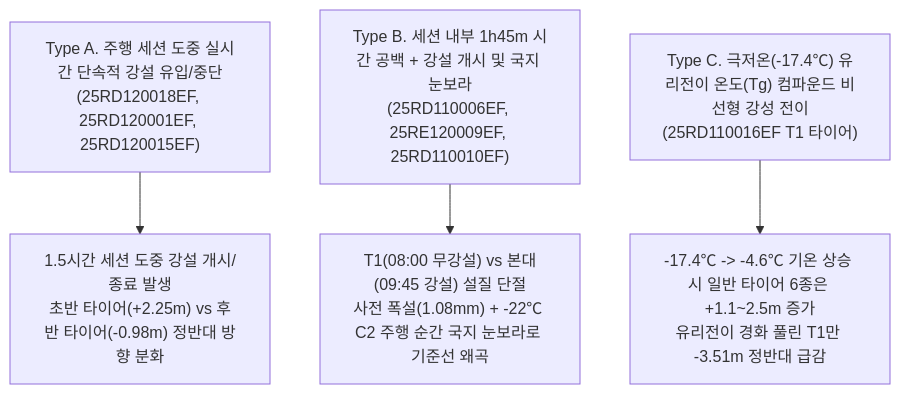
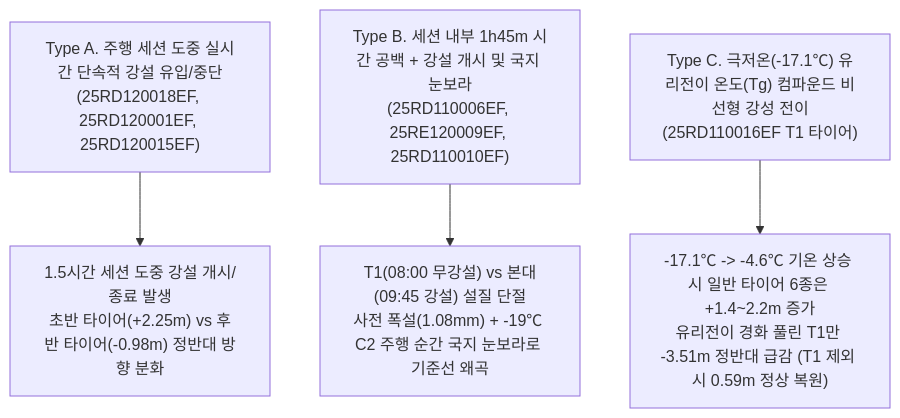
The sixth of 6 diagrams in 04_Resources/30_스노우_노면_공학/31_스노우_노면_디지털트윈_및_제동성능_보정_위키.md (uunnooo/00_obsidian), drawn with Mermaid before and after one commit. The commit also changed other lines of this file and 10 other files, not shown here.

````diff
--- a/04_Resources/30_스노우_노면_공학/31_스노우_노면_디지털트윈_및_제동성능_보정_위키.md
+++ b/04_Resources/30_스노우_노면_공학/31_스노우_노면_디지털트윈_및_제동성능_보정_위키.md
@@ -554,6 +562,6 @@
 ```mermaid
 flowchart TD
     M1["Type A. 주행 세션 도중 실시간 단속적 강설 유입/중단\n(25RD120018EF, 25RD120001EF, 25RD120015EF)"] --> E1["1.5시간 세션 도중 강설 개시/종료 발생\n초반 타이어(+2.25m) vs 후반 타이어(-0.98m) 정반대 방향 분화"]
-    M2["Type B. 세션 내부 1h45m 시간 공백 + 강설 개시 및 국지 눈보라\n(25RD110006EF, 25RE120009EF, 25RD110010EF)"] --> E2["T1(08:00 무강설) vs 본대(09:45 강설) 설질 단절\n사전 폭설(1.08mm) + -22℃ C2 주행 순간 국지 눈보라로 기준선 왜곡"]
-    M3["Type C. 극저온(-17.4℃) 유리전이 온도(Tg) 컴파운드 비선형 강성 전이\n(25RD110016EF T1 타이어)"] --> E3["-17.4℃ -> -4.6℃ 기온 상승 시 일반 타이어 6종은 +1.1~2.5m 증가\n유리전이 경화 풀린 T1만 -3.51m 정반대 급감"]
+    M2["Type B. 세션 내부 1h45m 시간 공백 + 강설 개시 및 국지 눈보라\n(25RD110006EF, 25RE120009EF, 25RD110010EF)"] --> E2["T1(08:00 무강설) vs 본대(09:45 강설) 설질 단절\n사전 폭설(1.08mm) + -19℃ C2 주행 순간 국지 눈보라로 기준선 왜곡"]
+    M3["Type C. 극저온(-17.1℃) 유리전이 온도(Tg) 컴파운드 비선형 강성 전이\n(25RD110016EF T1 타이어)"] --> E3["-17.1℃ -> -4.6℃ 기온 상승 시 일반 타이어 6종은 +1.4~2.2m 증가\n유리전이 경화 풀린 T1만 -3.51m 정반대 급감 (T1 제외 시 0.59m 정상 복원)"]
 ```
````
